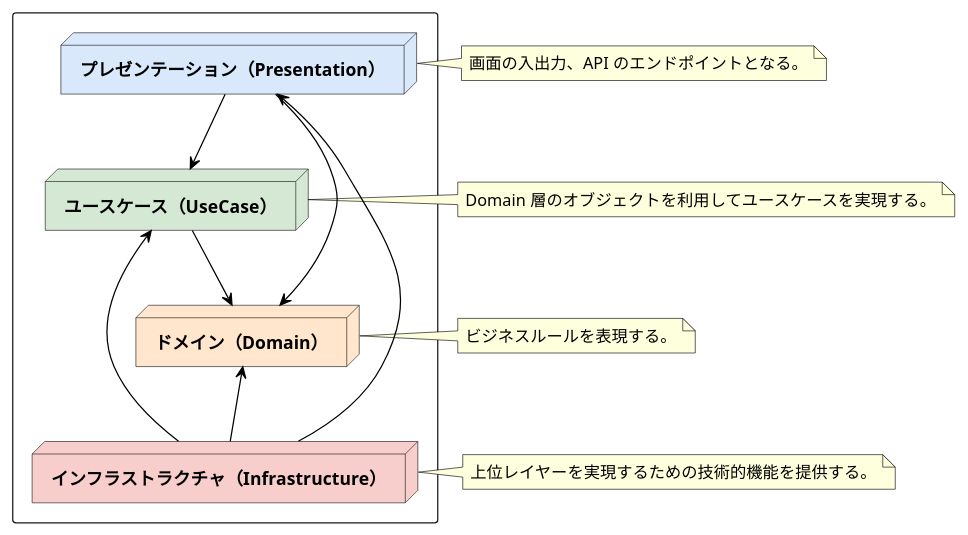
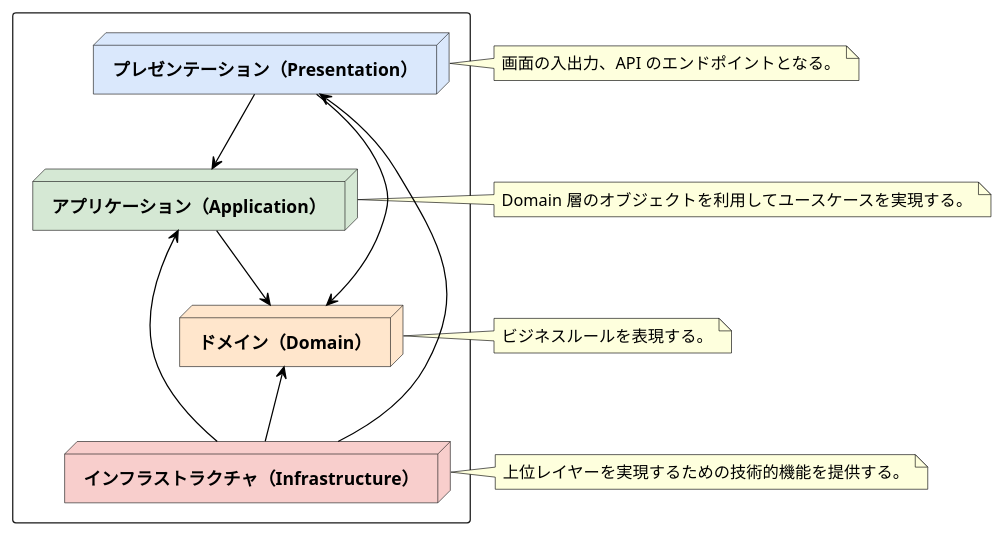
One commit to TakashiOnawa/ddd-architecture changed the diagram in diagrams/LayerStructure.pu. Above: the diagram before and after it, drawn with PlantUML. The commit also changed 7 other files, not shown here.

```diff
--- a/diagrams/LayerStructure.pu
+++ b/diagrams/LayerStructure.pu
@@ -1,39 +1,39 @@
 @startuml LayerStructure
 
 skinparam sequence {
     ArrowColor #Black
 }
 skinparam NoteBorderColor #Black
 skinparam NodeFontStyle Bold
 
 rectangle {
     node "プレゼンテーション（Presentation）" as Presentation #dae8fc
-    node "ユースケース（UseCase）" as UseCase #d5e8d4
+    node "アプリケーション（Application）" as Application #d5e8d4
     node "ドメイン（Domain）" as Domain #ffe6cc
     node "インフラストラクチャ（Infrastructure）" as Infrastructure #f8cecc
 
-    Presentation --> UseCase
+    Presentation --> Application
     Presentation --> Domain
-    UseCase --> Domain
+    Application --> Domain
     Infrastructure -up-> Domain
-    Infrastructure -up-> UseCase
+    Infrastructure -up-> Application
     Infrastructure -up-> Presentation
 }
 
 note right of Presentation
 画面の入出力、API のエンドポイントとなる。
 end note
 
-note right of UseCase
+note right of Application
 Domain 層のオブジェクトを利用してユースケースを実現する。
 end note
 
 note right of Domain
 ビジネスルールを表現する。
 end note
 
 note right of Infrastructure
 上位レイヤーを実現するための技術的機能を提供する。
 end note
 
 @enduml
```
